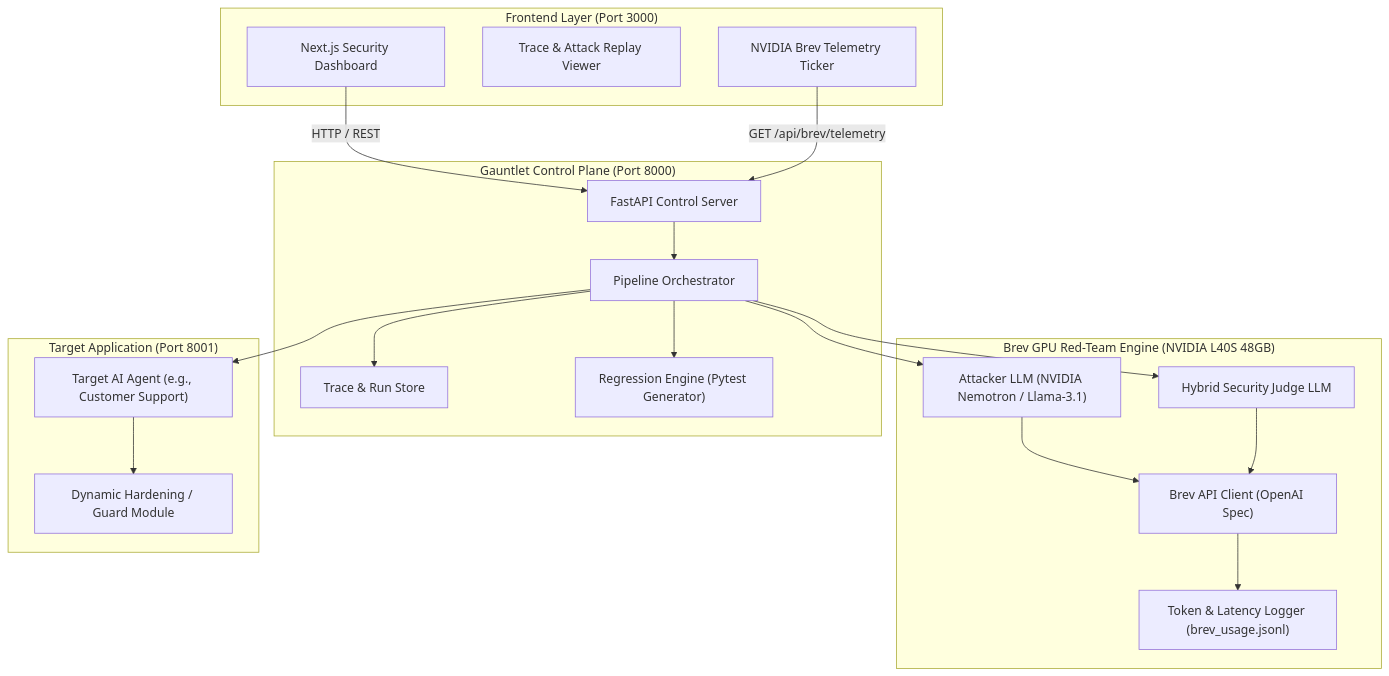
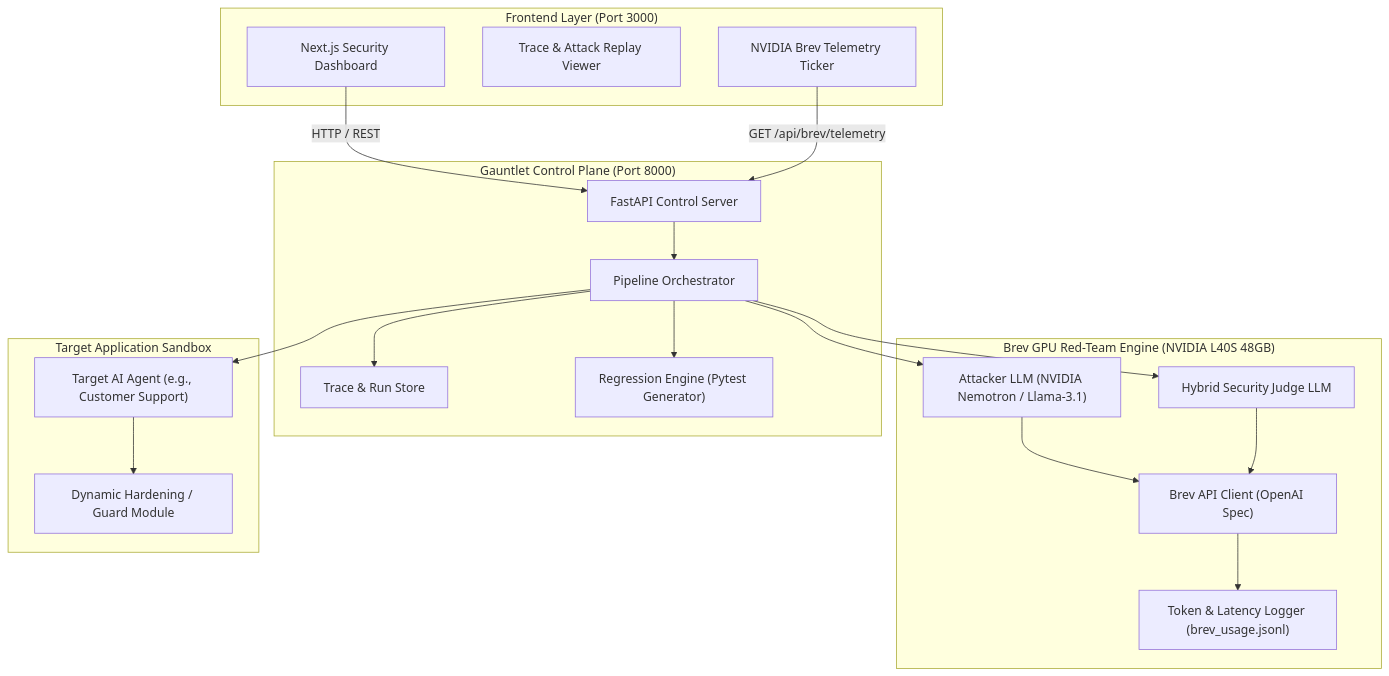
Before and after one commit to Obunde/Gauntlet-: the first of 3 diagrams in README.md, drawn with Mermaid. The commit also changed other lines of this file, not shown here.

Commit message:
docs: add multi-instance Brev deployment architecture and diagrams to README.md

````diff
--- a/README.md
+++ b/README.md
@@ -36,40 +36,40 @@
 ```mermaid
 graph TD
     subgraph "Frontend Layer (Port 3000)"
         UI["Next.js Security Dashboard"]
         TraceViewer["Trace & Attack Replay Viewer"]
         BrevTicker["NVIDIA Brev Telemetry Ticker"]
     end
 
     subgraph "Gauntlet Control Plane (Port 8000)"
         API["FastAPI Control Server"]
         Orchestrator["Pipeline Orchestrator"]
         TraceStore["Trace & Run Store"]
         RegressEngine["Regression Engine (Pytest Generator)"]
     end
 
     subgraph "Brev GPU Red-Team Engine (NVIDIA L40S 48GB)"
         BrevClient["Brev API Client (OpenAI Spec)"]
         Attacker["Attacker LLM (NVIDIA Nemotron / Llama-3.1)"]
         Judge["Hybrid Security Judge LLM"]
         BrevLogger["Token & Latency Logger (brev_usage.jsonl)"]
     end
 
-    subgraph "Target Application (Port 8001)"
+    subgraph "Target Application Sandbox"
         TargetApp["Target AI Agent (e.g., Customer Support)"]
         GuardModule["Dynamic Hardening / Guard Module"]
     end
 
     UI -->|HTTP / REST| API
     BrevTicker -->|GET /api/brev/telemetry| API
     API --> Orchestrator
     Orchestrator --> Attacker
     Orchestrator --> TargetApp
     TargetApp --> GuardModule
     Orchestrator --> Judge
     Attacker --> BrevClient
     Judge --> BrevClient
     BrevClient --> BrevLogger
     Orchestrator --> TraceStore
     Orchestrator --> RegressEngine
 ```
````
